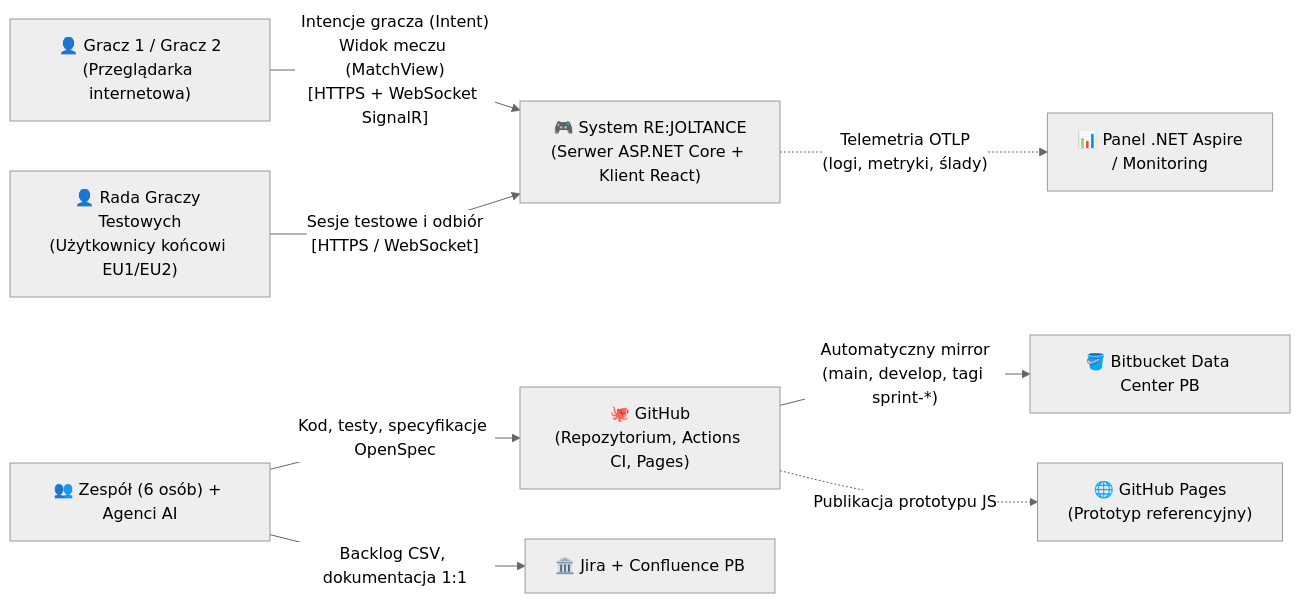
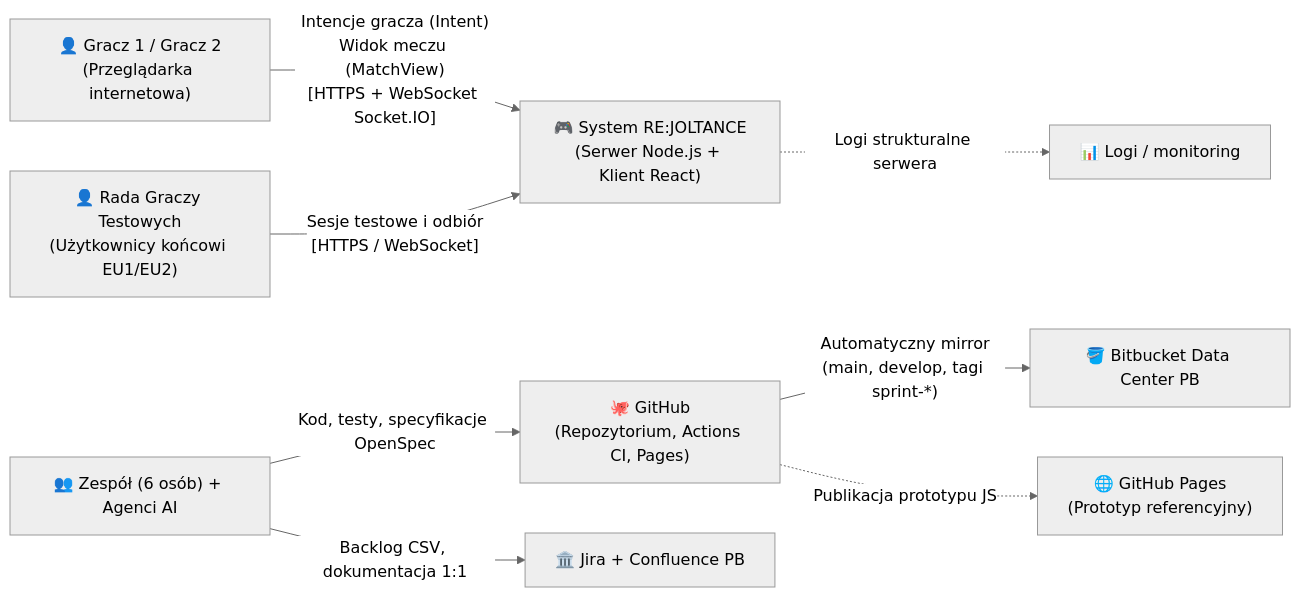
The first of 5 diagrams in docs/01-dokumentacja-systemowa/05-sad-architektura-systemu.md (lMamacl/Rejoltance), drawn with Mermaid (neutral theme) before and after one commit. The commit also changed other lines of this file and 85 other files, not shown here.

````diff
--- a/docs/01-dokumentacja-systemowa/05-sad-architektura-systemu.md
+++ b/docs/01-dokumentacja-systemowa/05-sad-architektura-systemu.md
@@ -65,10 +65,10 @@
 ```mermaid
 flowchart LR
-  P1["👤 Gracz 1 / Gracz 2<br/>(Przeglądarka internetowa)"] -- "Intencje gracza (Intent)<br/>Widok meczu (MatchView)<br/>[HTTPS + WebSocket SignalR]" --> SYS["🎮 System RE:JOLTANCE<br/>(Serwer ASP.NET Core + Klient React)"]
+  P1["👤 Gracz 1 / Gracz 2<br/>(Przeglądarka internetowa)"] -- "Intencje gracza (Intent)<br/>Widok meczu (MatchView)<br/>[HTTPS + WebSocket Socket.IO]" --> SYS["🎮 System RE:JOLTANCE<br/>(Serwer Node.js + Klient React)"]
   P2["👤 Rada Graczy Testowych<br/>(Użytkownicy końcowi EU1/EU2)"] -- "Sesje testowe i odbiór<br/>[HTTPS / WebSocket]" --> SYS
-  SYS -. "Telemetria OTLP<br/>(logi, metryki, ślady)" .-> DASH["📊 Panel .NET Aspire<br/>/ Monitoring"]
+  SYS -. "Logi strukturalne serwera" .-> DASH["📊 Logi / monitoring"]
   DEV["👥 Zespół (6 osób) + Agenci AI"] -- "Kod, testy, specyfikacje OpenSpec" --> GH["🐙 GitHub<br/>(Repozytorium, Actions CI, Pages)"]
   GH -- "Automatyczny mirror<br/>(main, develop, tagi sprint-*)" --> BB["🪣 Bitbucket Data Center PB"]
   GH -. "Publikacja prototypu JS" .-> GP["🌐 GitHub Pages<br/>(Prototyp referencyjny)"]
   DEV -- "Backlog CSV, dokumentacja 1:1" --> ATL["🏛️ Jira + Confluence PB"]
 ```
````
